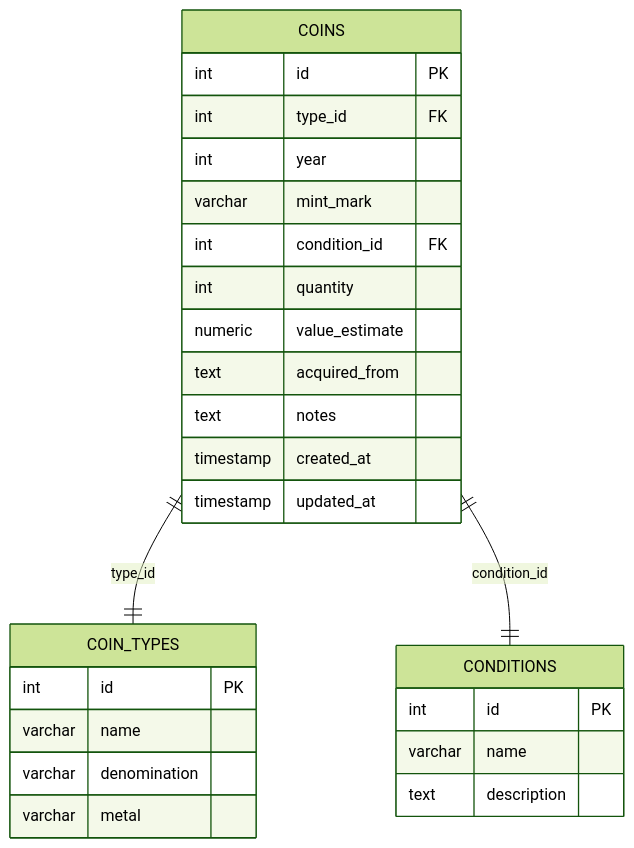
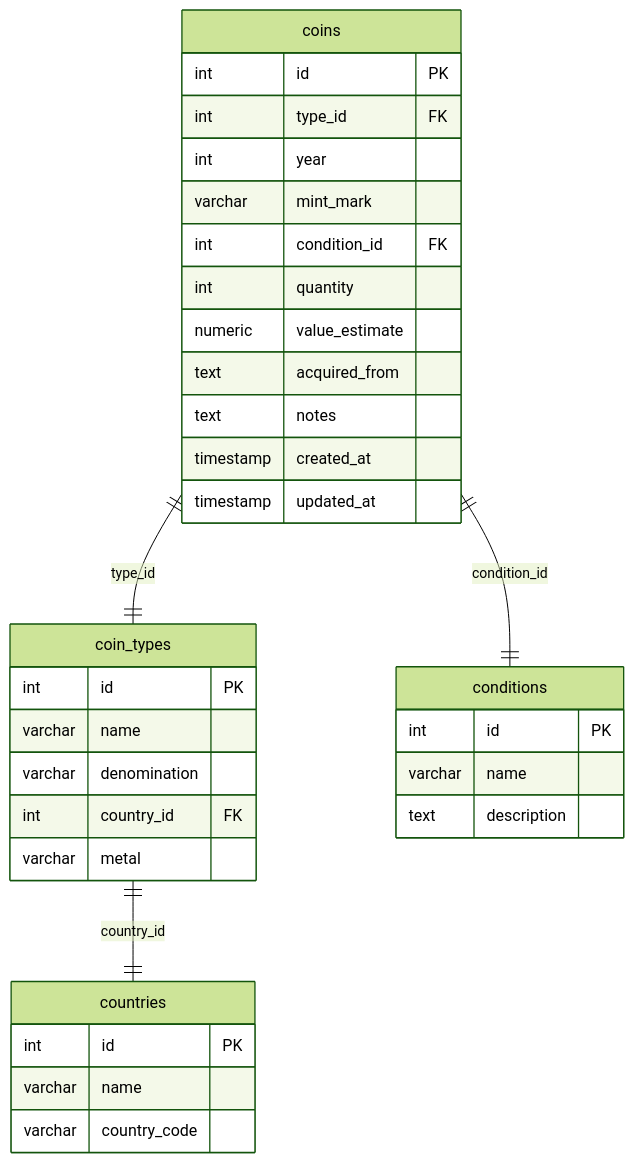
The diagram in database-schema.md (hungerfan/coin-collection-inventory-tracker), drawn with Mermaid (forest theme) before and after one commit. The commit also changed 5 other files, not shown here.

````diff
--- a/database-schema.md
+++ b/database-schema.md
@@ -1,32 +1,40 @@
 ```mermaid
 erDiagram
-    COINS {
+    coins {
         int id PK
         int type_id FK
         int year
         varchar mint_mark
         int condition_id FK
         int quantity
         numeric value_estimate
         text acquired_from
         text notes
         timestamp created_at
         timestamp updated_at
     }
-    
-    COIN_TYPES {
+
+    coin_types {
         int id PK
         varchar name
         varchar denomination
+        int country_id FK
         varchar metal
     }
-    
-    CONDITIONS {
+
+    conditions {
         int id PK
         varchar name
         text description
     }
-    
-    COINS ||--|| COIN_TYPES : "type_id"
-    COINS ||--|| CONDITIONS : "condition_id"
+
+    countries {
+        int id PK
+        varchar name
+        varchar country_code
+    }
+
+    coins ||--|| coin_types : "type_id"
+    coins ||--|| conditions : "condition_id"
+    coin_types ||--|| countries : "country_id"
 ```
````
